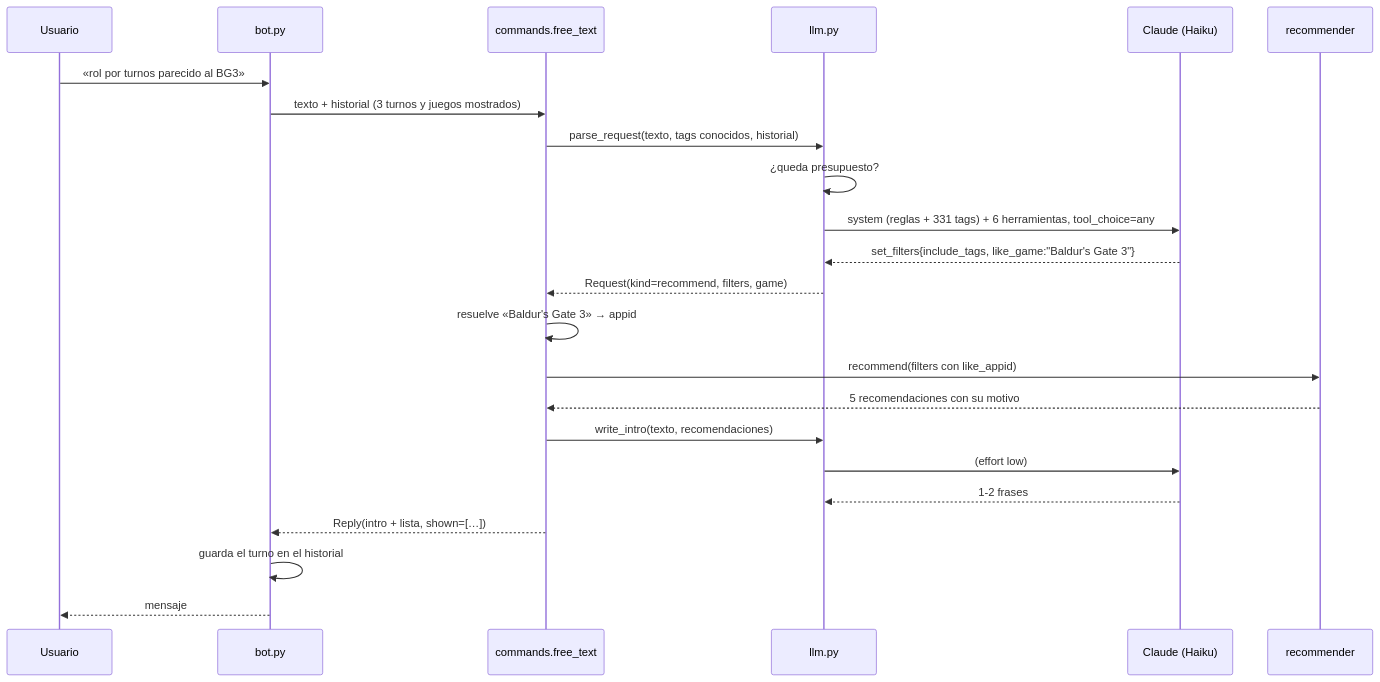
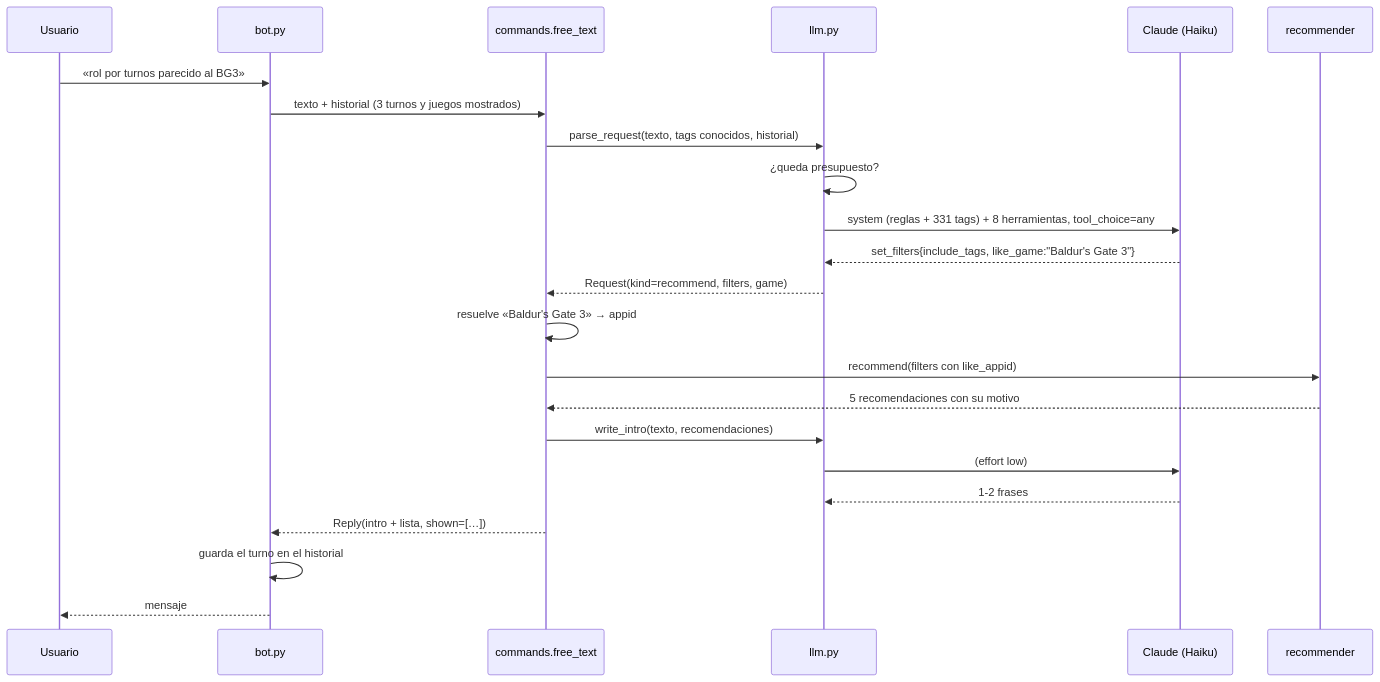
Before and after one commit to Mepoide/steam-backlog: the fourth of 4 diagrams in docs/arquitectura.md, drawn with Mermaid. The commit also changed other lines of this file and 16 other files, not shown here.

````diff
--- a/docs/arquitectura.md
+++ b/docs/arquitectura.md
@@ -257,26 +262,26 @@
 ```mermaid
 sequenceDiagram
     participant U as Usuario
     participant B as bot.py
     participant C as commands.free_text
     participant L as llm.py
     participant A as Claude (Haiku)
     participant R as recommender
 
     U->>B: «rol por turnos parecido al BG3»
     B->>C: texto + historial (3 turnos y juegos mostrados)
     C->>L: parse_request(texto, tags conocidos, historial)
     L->>L: ¿queda presupuesto?
-    L->>A: system (reglas + 331 tags) + 6 herramientas, tool_choice=any
+    L->>A: system (reglas + 331 tags) + 8 herramientas, tool_choice=any
     A-->>L: set_filters{include_tags, like_game:"Baldur's Gate 3"}
     L-->>C: Request(kind=recommend, filters, game)
     C->>C: resuelve «Baldur's Gate 3» → appid
     C->>R: recommend(filters con like_appid)
     R-->>C: 5 recomendaciones con su motivo
     C->>L: write_intro(texto, recomendaciones)
     L->>A: (effort low)
     A-->>L: 1-2 frases
     C-->>B: Reply(intro + lista, shown=[…])
     B->>B: guarda el turno en el historial
     B-->>U: mensaje
 ```
````
